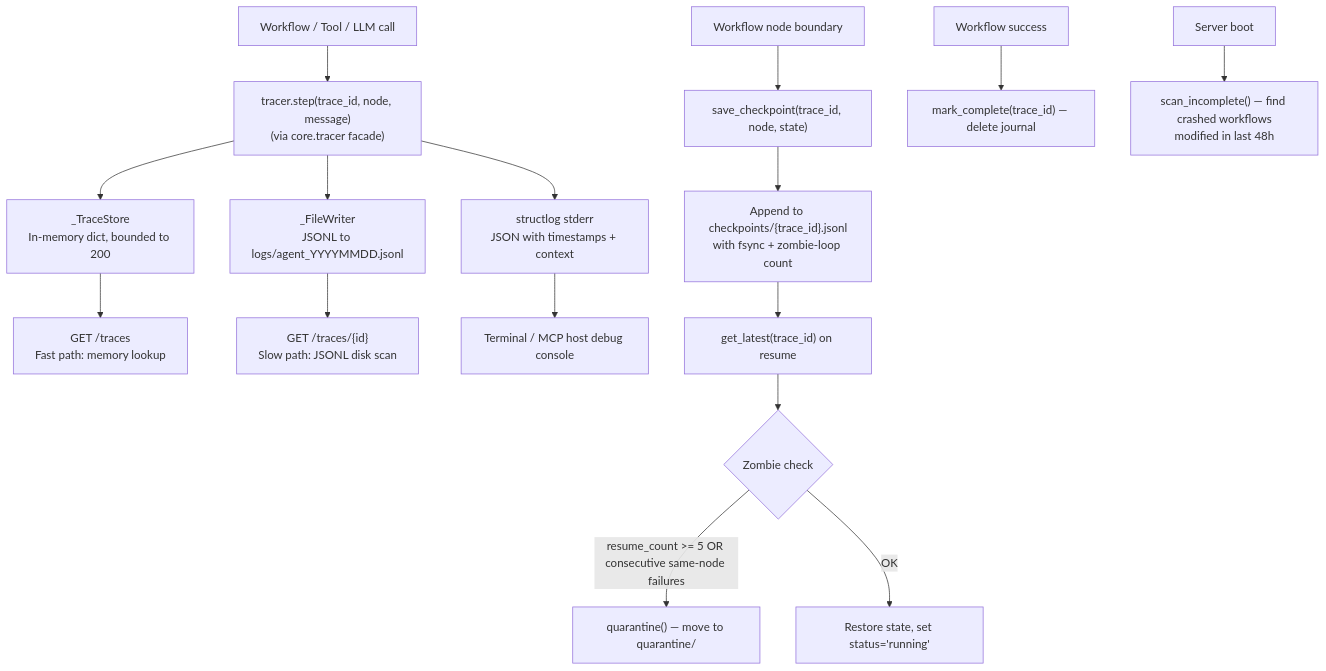
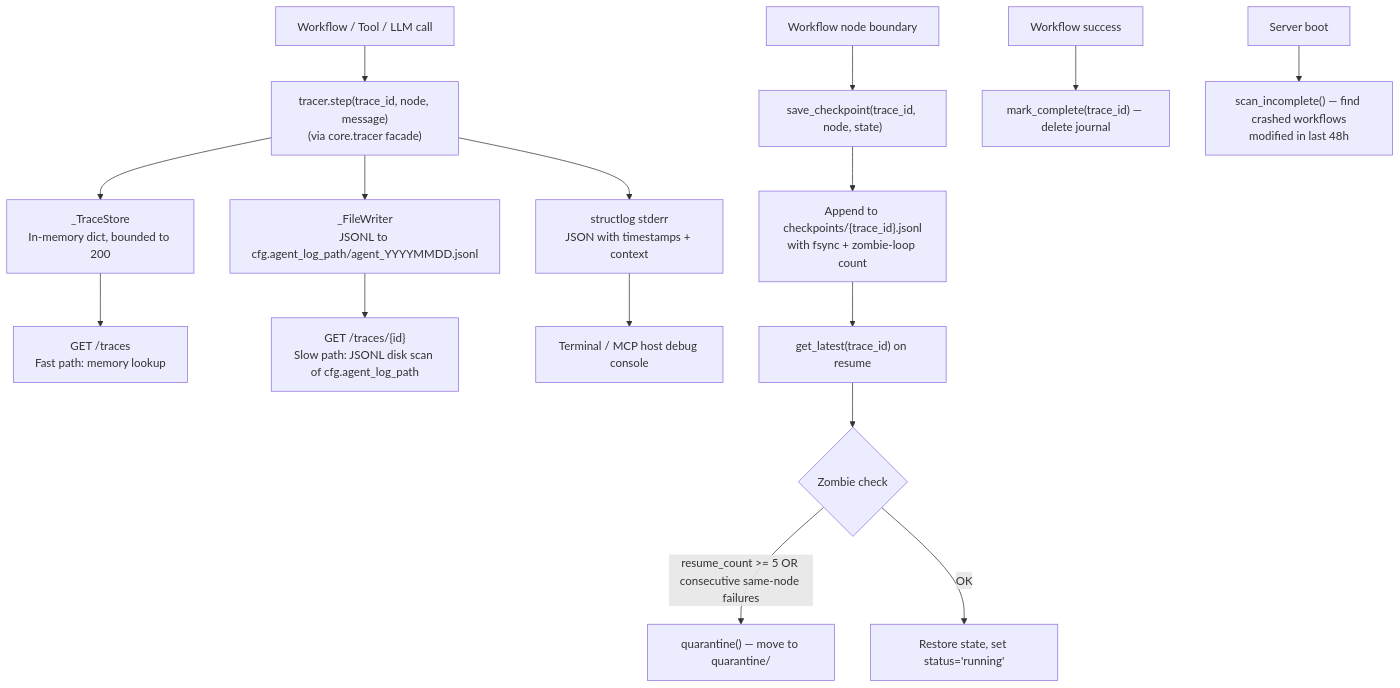
One commit to brunogcar/agent changed the diagram in docs/core/observability/ARCHITECTURE.md. Above: the diagram before and after it, drawn with Mermaid. The commit also changed other lines of this file and 46 other files, not shown here.

First line of the commit message:
﻿feat(observability): v1.1 — fix tracer.step 2-arg misuse across 10 callers + reader log path + sanitize_state __fspath__ + expand tests (10→147) + fix retry sleep mock leak + fix maintenance new_trace side effects + update all affected component docs

````diff
--- a/docs/core/observability/ARCHITECTURE.md
+++ b/docs/core/observability/ARCHITECTURE.md
@@ -76,19 +76,19 @@
 ```mermaid
 graph TD
     A["Workflow / Tool / LLM call"] --> B["tracer.step(trace_id, node, message)<br/>(via core.tracer facade)"]
     B --> C["structlog stderr<br/>JSON with timestamps + context"]
-    B --> D["_FileWriter<br/>JSONL to logs/agent_YYYYMMDD.jsonl"]
+    B --> D["_FileWriter<br/>JSONL to cfg.agent_log_path/agent_YYYYMMDD.jsonl"]
     B --> E["_TraceStore<br/>In-memory dict, bounded to 200"]
     E --> F["GET /traces<br/>Fast path: memory lookup"]
-    D --> G["GET /traces/{id}<br/>Slow path: JSONL disk scan"]
+    D --> G["GET /traces/{id}<br/>Slow path: JSONL disk scan of cfg.agent_log_path"]
     C --> H["Terminal / MCP host debug console"]
 
     I["Workflow node boundary"] --> J["save_checkpoint(trace_id, node, state)"]
     J --> K["Append to checkpoints/{trace_id}.jsonl<br/>with fsync + zombie-loop count"]
     K --> L["get_latest(trace_id) on resume"]
     L --> M{"Zombie check"}
     M -->|resume_count >= 5 OR consecutive same-node failures| N["quarantine() — move to quarantine/"]
     M -->|OK| O["Restore state, set status='running'"]
     P["Workflow success"] --> Q["mark_complete(trace_id) — delete journal"]
     R["Server boot"] --> S["scan_incomplete() — find crashed workflows<br/>modified in last 48h"]
 ```
````
